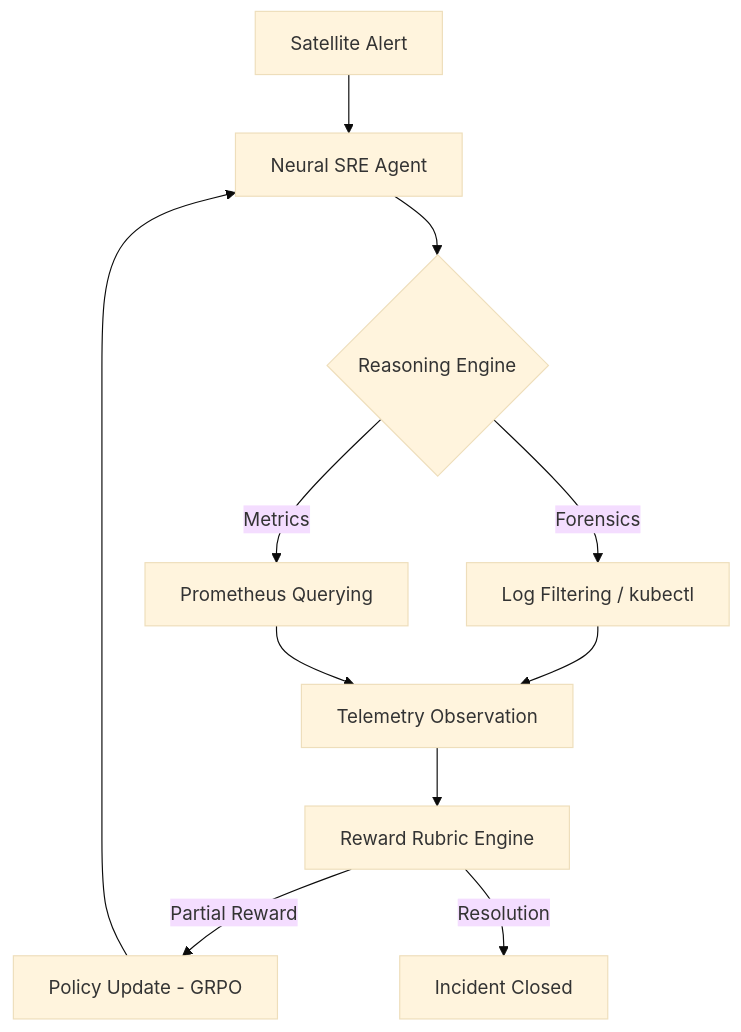
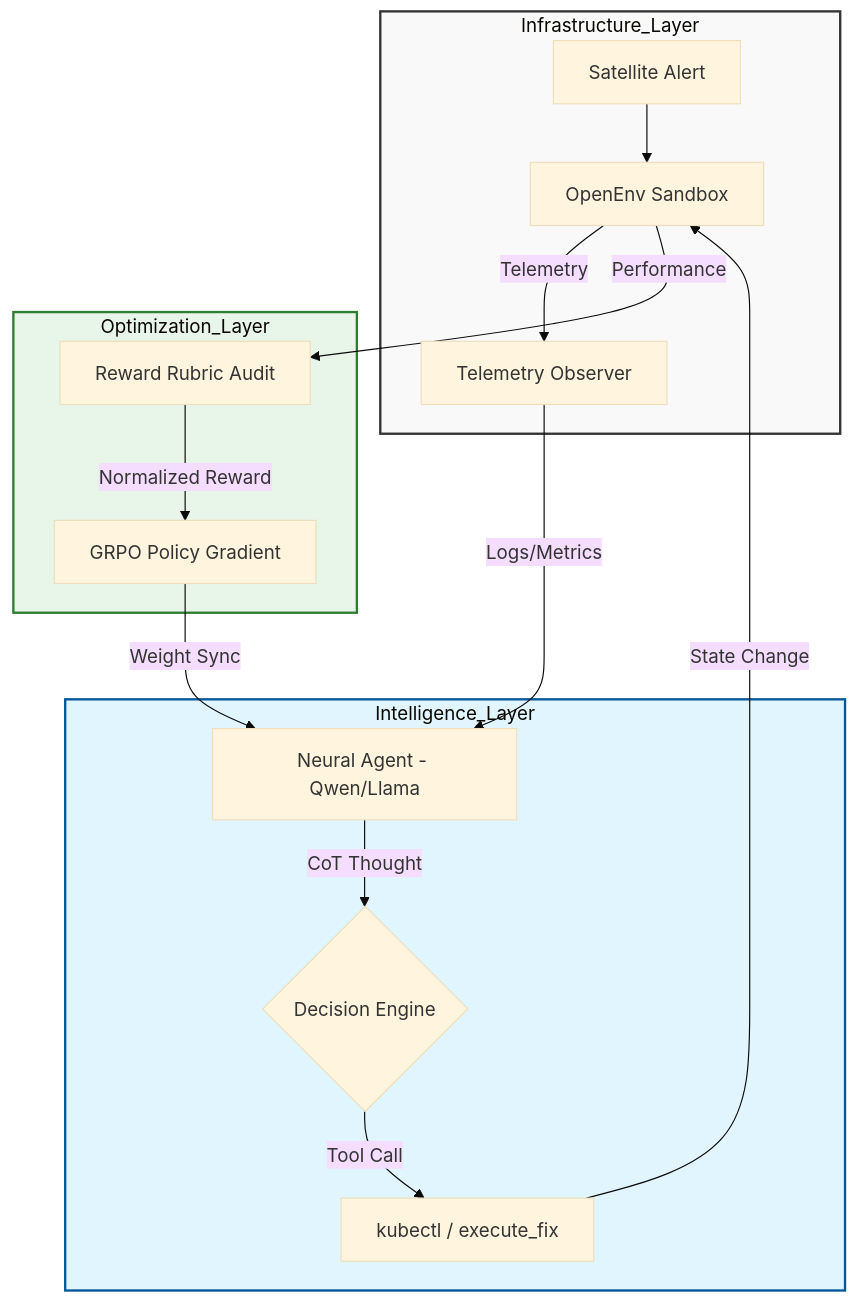
One commit to mohit4901/incidentmind changed the diagram in README.md. Above: the diagram before and after it, drawn with Mermaid (base theme). The commit also changed other lines of this file and 1 other file, not shown here.

Commit message:
💎 WHITEPAPER_FINAL: Elevated documentation to research-standard with algebraic rewards, incident zoo, and premium UI

````diff
--- a/README.md
+++ b/README.md
@@ -21,12 +22,24 @@
 ```mermaid
 graph TD
-    A[Satellite Alert] --> B[Neural SRE Agent]
-    B --> C{Reasoning Engine}
-    C -->|Forensics| D[Log Filtering / kubectl]
-    C -->|Metrics| E[Prometheus Querying]
-    D & E --> F[Telemetry Observation]
-    F --> G[Reward Rubric Engine]
-    G -->|Partial Reward| H[Policy Update - GRPO]
-    H --> B
-    G -->|Resolution| I[Incident Closed]
+    subgraph Infrastructure_Layer
+    A[Satellite Alert] --> B[OpenEnv Sandbox]
+    B -->|Telemetry| C[Telemetry Observer]
+    end
+
+    subgraph Intelligence_Layer
+    C -->|Logs/Metrics| D[Neural Agent - Qwen/Llama]
+    D -->|CoT Thought| E{Decision Engine}
+    E -->|Tool Call| F[kubectl / execute_fix]
+    F -->|State Change| B
+    end
+
+    subgraph Optimization_Layer
+    B -->|Performance| G[Reward Rubric Audit]
+    G -->|Normalized Reward| H[GRPO Policy Gradient]
+    H -->|Weight Sync| D
+    end
+
+    style Infrastructure_Layer fill:#f9f9f9,stroke:#333,stroke-width:2px
+    style Intelligence_Layer fill:#e1f5fe,stroke:#01579b,stroke-width:2px
+    style Optimization_Layer fill:#e8f5e9,stroke:#2e7d32,stroke-width:2px
 ```
````
